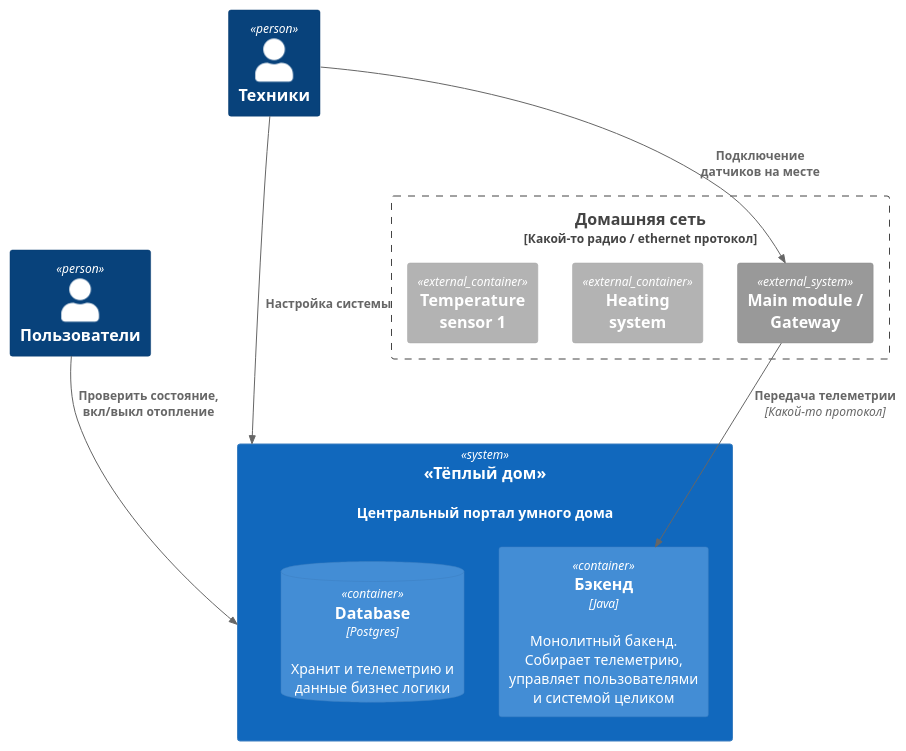
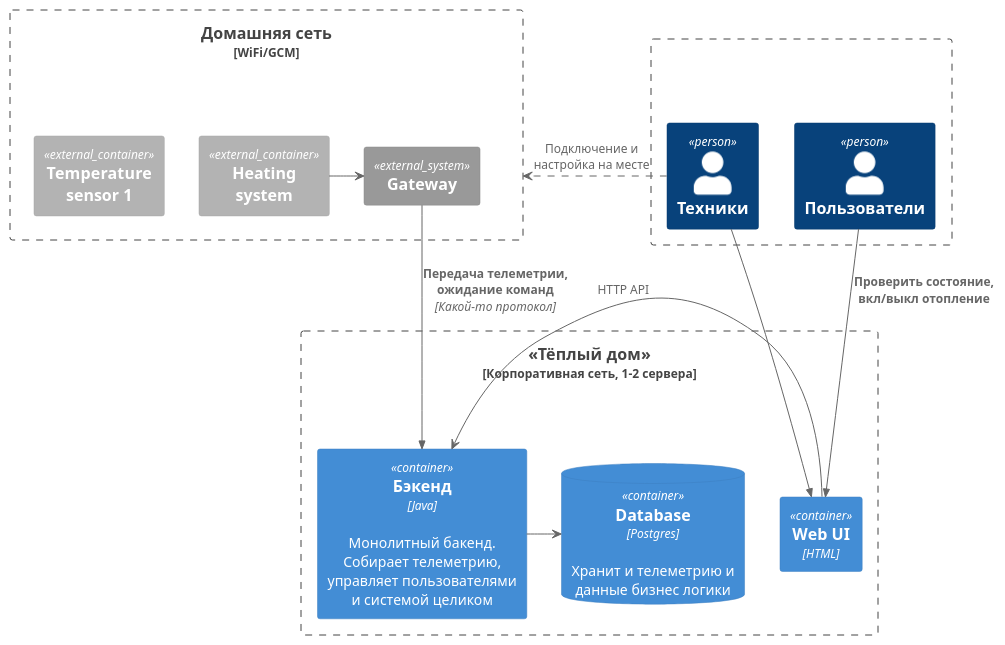
The diagram in tasks/task-1-1/initial-context-diagram.puml (sapl/yandex-practicum-sprint-3), drawn with PlantUML before and after one commit. The commit also changed 7 other files, not shown here.

```diff
--- a/tasks/task-1-1/initial-context-diagram.puml
+++ b/tasks/task-1-1/initial-context-diagram.puml
@@ -1,26 +1,33 @@
 @startuml
 !include https://raw.githubusercontent.com/plantuml-stdlib/C4-PlantUML/master/C4_Context.puml
 !include https://raw.githubusercontent.com/plantuml-stdlib/C4-PlantUML/master/C4_Container.puml
 
+Boundary(users,"" ){
 Person(user, "Пользователи")
 Person(admin, "Техники")
-
-System(platform, "«Тёплый дом» ", "Центральный портал умного дома") {
-    Container(backend, "Бэкенд", "Java", "Монолитный бакенд. Собирает телеметрию, управляет пользователями и системой целиком")
-    ContainerDb(database, "Database", "Postgres", "Хранит и телеметрию и данные бизнес логики")
-}
-
-Boundary(home, "Домашняя сеть", "Какой-то радио / ethernet протокол"){
-    System_Ext(gateway, "Main module /\nGateway")
-    Container_Ext(heatingSystem, "Heating\n system")
-    Container_Ext(sensor, "Temperature\n sensor 1")
 }
 
 
-Rel(user, platform, "Проверить состояние, вкл/выкл отопление")
-Rel(admin, platform, "Настройка системы")
-Rel(admin, gateway, "Подключение датчиков на месте")
-Rel(gateway, backend, "Передача телеметрии", "Какой-то протокол")
+Boundary(platform, "«Тёплый дом» ", "Корпоративная сеть, 1-2 сервера") {
+    Container(web, "Web UI", "HTML")
+    Container(backend, "Бэкенд", "Java", "Монолитный бакенд. Собирает телеметрию, управляет пользователями и системой целиком")
+    ContainerDb(database, "Database", "Postgres", "Хранит и телеметрию и данные бизнес логики")
+    web -> backend: HTTP API
+    backend -> database
+}
+
+Boundary(home, "Домашняя сеть", "WiFi/GCM"){
+    Container_Ext(heatingSystem, "Heating\n system")
+    System_Ext(gateway, "Gateway")
+    Container_Ext(sensor, "Temperature\n sensor 1")
+    heatingSystem->gateway
+}
+
+
+Rel(user, web, "Проверить состояние, вкл/выкл отопление")
+Rel(admin, web, " ")
+admin .> home: Подключение и настройка на месте
+Rel(gateway, backend, "Передача телеметрии, ожидание команд", "Какой-то протокол")
 
 
 @enduml
```
